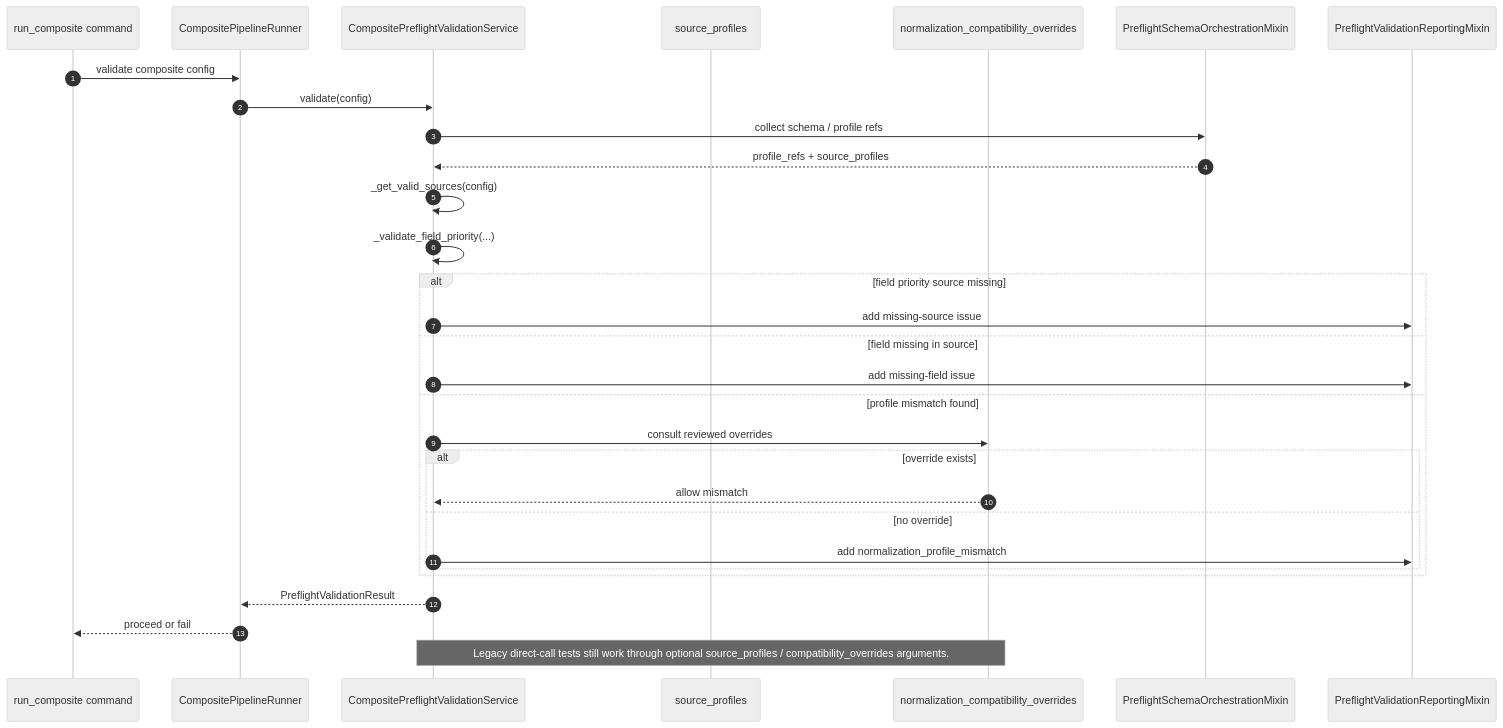
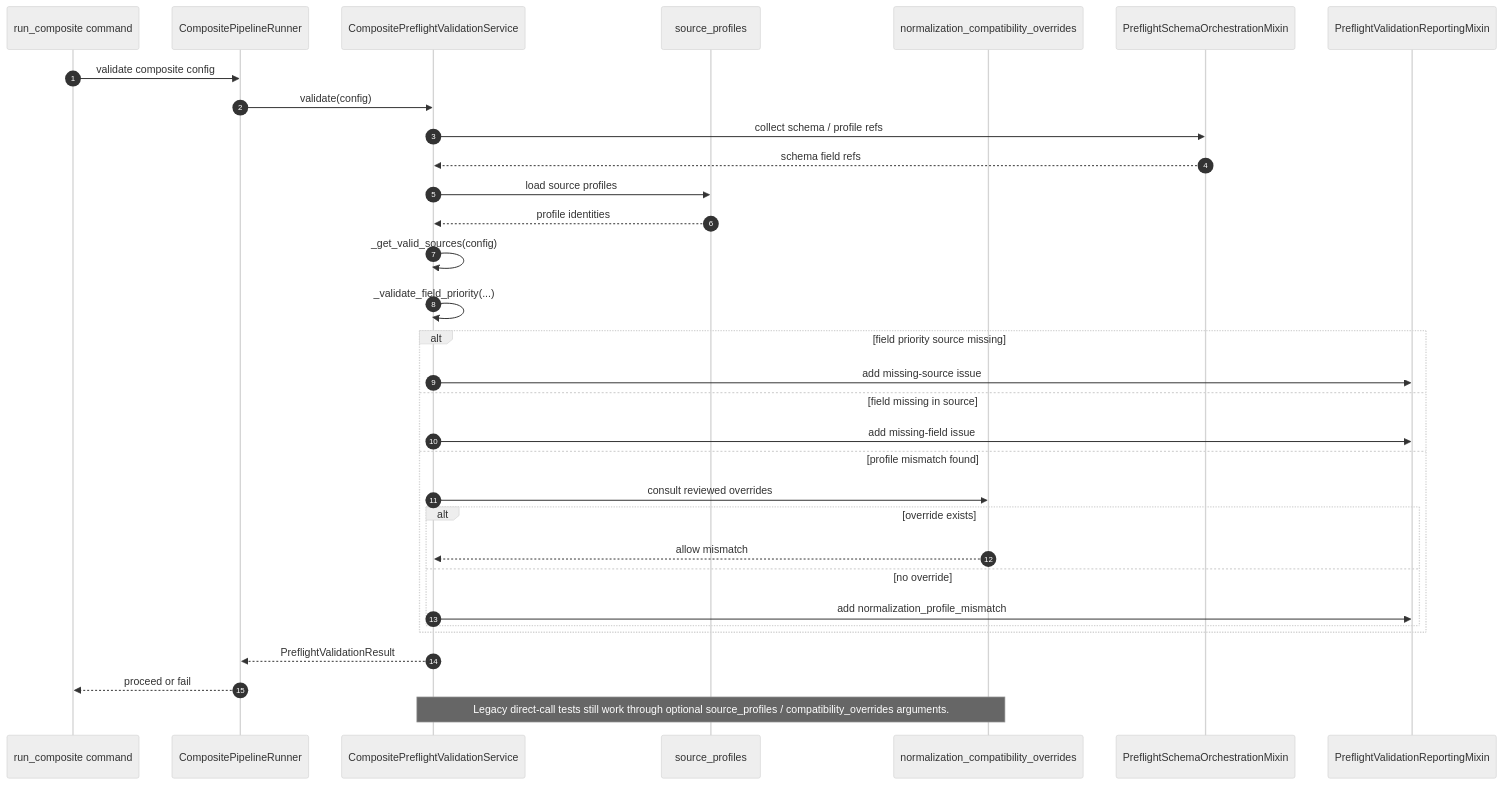
The diagram in docs/02-architecture/diagrams/architecture/27-composite-preflight-field-priority-and-normalization-compatibility-resolution.mmd (SatoryKono/BioactivityDataAcquisition), drawn with Mermaid before and after one commit. The commit also changed 20 other files, not shown here.

First line of the commit message:
fix(quality): align nine-domain evidence, MCP tiers, and diagram lint

```diff
--- a/docs/02-architecture/diagrams/architecture/27-composite-preflight-field-priority-and-normalization-compatibility-resolution.mmd
+++ b/docs/02-architecture/diagrams/architecture/27-composite-preflight-field-priority-and-normalization-compatibility-resolution.mmd
@@ -1,40 +1,42 @@
 %%{init: {'theme': 'neutral', 'themeVariables': {'fontFamily': 'Inter, system-ui', 'lineWidth': '2'}}}%%
 %% Title: Composite Preflight Field Priority And Normalization Compatibility Resolution
 %% @version 1.0.0
 %% @date    2026-05-12
 %% @type    sequenceDiagram
 %% @level   System / Interaction
 %% @nodes   7
 %% RULES: RULES.md §2.6, ADR-026, ADR-034, ADR-045
 sequenceDiagram
     autonumber
     participant CLI as run_composite command
     participant Runner as CompositePipelineRunner
     participant Validator as CompositePreflightValidationService
     participant Profiles as source_profiles
     participant Overrides as normalization_compatibility_overrides
     participant Schema as PreflightSchemaOrchestrationMixin
     participant Report as PreflightValidationReportingMixin
 
     CLI->>Runner: validate composite config
     Runner->>Validator: validate(config)
     Validator->>Schema: collect schema / profile refs
-    Schema-->>Validator: profile_refs + source_profiles
+    Schema-->>Validator: schema field refs
+    Validator->>Profiles: load source profiles
+    Profiles-->>Validator: profile identities
     Validator->>Validator: _get_valid_sources(config)
     Validator->>Validator: _validate_field_priority(...)
     alt field priority source missing
         Validator->>Report: add missing-source issue
     else field missing in source
         Validator->>Report: add missing-field issue
     else profile mismatch found
         Validator->>Overrides: consult reviewed overrides
         alt override exists
             Overrides-->>Validator: allow mismatch
         else no override
             Validator->>Report: add normalization_profile_mismatch
         end
     end
     Validator-->>Runner: PreflightValidationResult
     Runner-->>CLI: proceed or fail
 
     Note over Validator,Overrides: Legacy direct-call tests still work through optional source_profiles / compatibility_overrides arguments.
```
